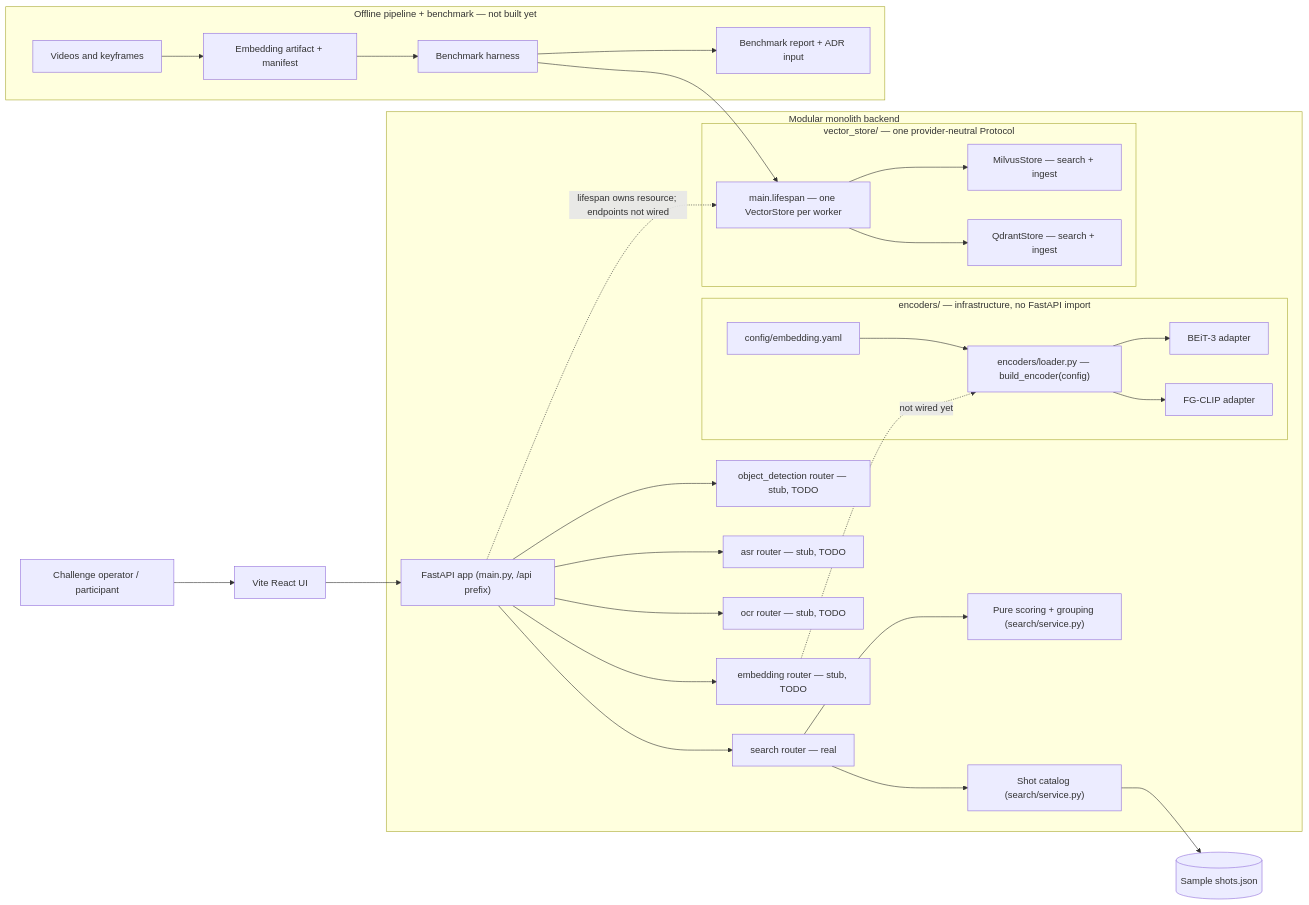
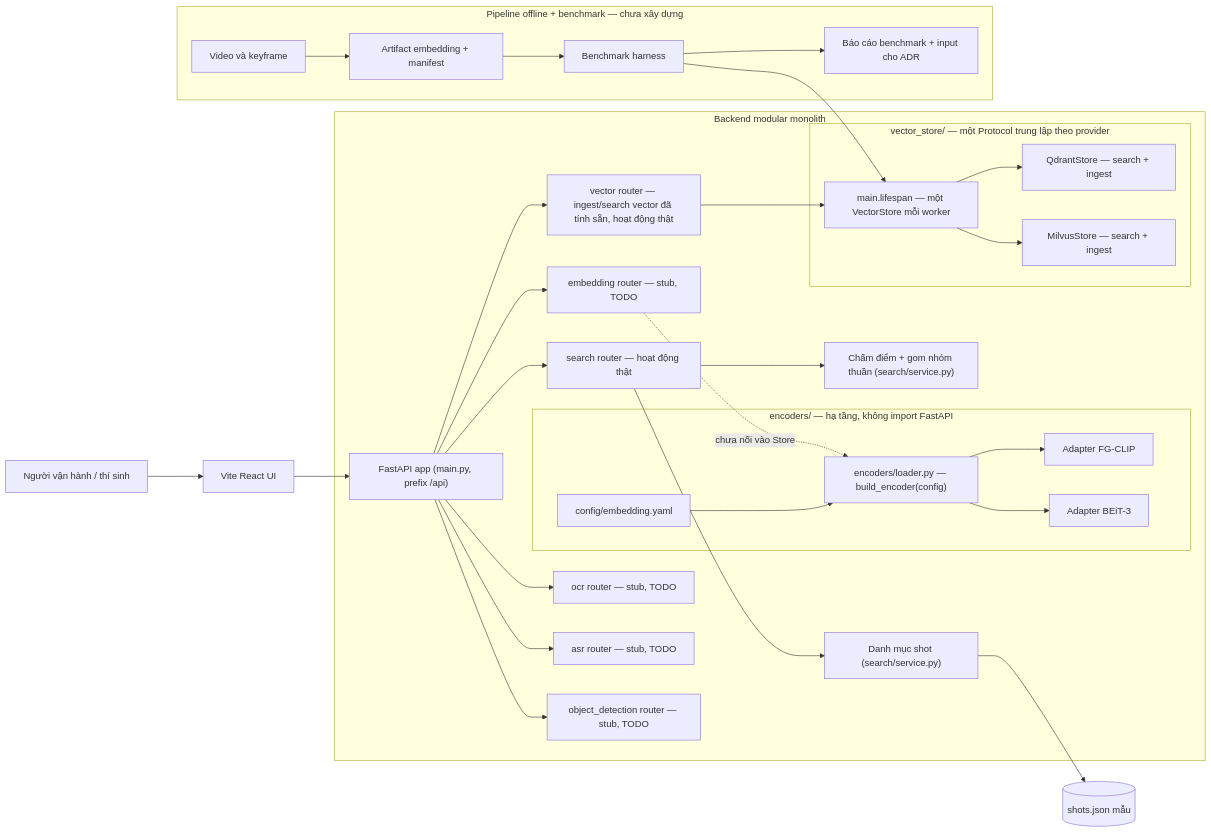
One commit to ToiLaKiet/BoldSearch changed the diagram in architecture/system-overview.mmd. Above: the diagram before and after it, drawn with Mermaid. The commit also changed 5 other files, not shown here.

```diff
--- a/architecture/system-overview.mmd
+++ b/architecture/system-overview.mmd
@@ -1,39 +1,40 @@
 flowchart LR
-  User["Challenge operator / participant"] --> UI["Vite React UI"]
-  UI --> API["FastAPI app (main.py, /api prefix)"]
+  User["Người vận hành / thí sinh"] --> UI["Vite React UI"]
+  UI --> API["FastAPI app (main.py, prefix /api)"]
 
-  subgraph Backend["Modular monolith backend"]
-    API --> Search["search router — real"]
+  subgraph Backend["Backend modular monolith"]
+    API --> Search["search router — hoạt động thật"]
+    API --> Vector["vector router — ingest/search vector đã tính sẵn, hoạt động thật"]
     API --> Embedding["embedding router — stub, TODO"]
     API --> OCR["ocr router — stub, TODO"]
     API --> ASR["asr router — stub, TODO"]
     API --> ObjDet["object_detection router — stub, TODO"]
-    API -. "lifespan owns resource; endpoints not wired" .-> Store
 
-    Search --> Catalog["Shot catalog (search/service.py)"]
-    Search --> Scoring["Pure scoring + grouping (search/service.py)"]
+    Search --> Catalog["Danh mục shot (search/service.py)"]
+    Search --> Scoring["Chấm điểm + gom nhóm thuần (search/service.py)"]
 
-    Embedding -. "not wired yet" .-> EncoderLoader
+    Vector --> Store
+    Embedding -. "chưa nối vào Store" .-> EncoderLoader
 
-    subgraph EncInfra["encoders/ — infrastructure, no FastAPI import"]
+    subgraph EncInfra["encoders/ — hạ tầng, không import FastAPI"]
       EncoderLoader["encoders/loader.py — build_encoder(config)"]
-      EncoderLoader --> FGCLIP["FG-CLIP adapter"]
-      EncoderLoader --> BEIT3["BEiT-3 adapter"]
+      EncoderLoader --> FGCLIP["Adapter FG-CLIP"]
+      EncoderLoader --> BEIT3["Adapter BEiT-3"]
       EmbeddingYAML["config/embedding.yaml"] --> EncoderLoader
     end
 
-    subgraph VSInfra["vector_store/ — one provider-neutral Protocol"]
-      Store["main.lifespan — one VectorStore per worker"]
+    subgraph VSInfra["vector_store/ — một Protocol trung lập theo provider"]
+      Store["main.lifespan — một VectorStore mỗi worker"]
       Store --> Qdrant["QdrantStore — search + ingest"]
       Store --> Milvus["MilvusStore — search + ingest"]
     end
   end
 
-  Catalog --> LocalJSON[("Sample shots.json")]
+  Catalog --> LocalJSON[("shots.json mẫu")]
 
-  subgraph Offline["Offline pipeline + benchmark — not built yet"]
-    Media["Videos and keyframes"] --> Artifact["Embedding artifact + manifest"]
+  subgraph Offline["Pipeline offline + benchmark — chưa xây dựng"]
+    Media["Video và keyframe"] --> Artifact["Artifact embedding + manifest"]
     Artifact --> Harness["Benchmark harness"]
     Harness --> Store
-    Harness --> Report["Benchmark report + ADR input"]
+    Harness --> Report["Báo cáo benchmark + input cho ADR"]
   end
```
